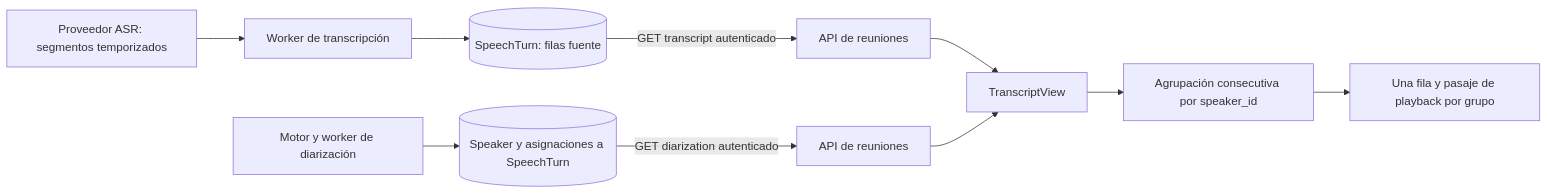
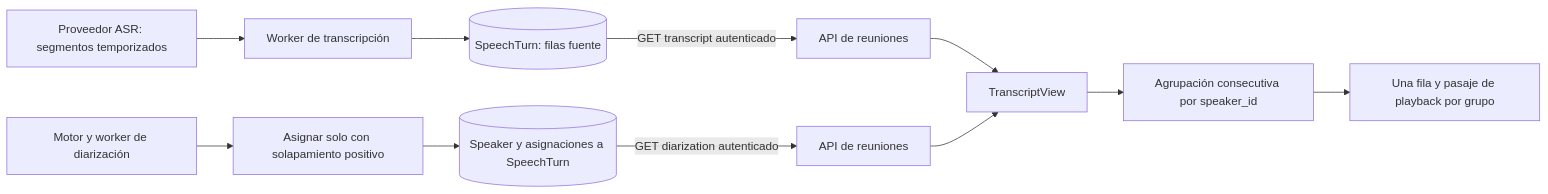
The first of 2 diagrams in .spectra/specs/fix-transcript-word-fragments/design.md (lufermalgo/sauri), drawn with Mermaid before and after one commit. The commit also changed other lines of this file, not shown here.

Commit message:
docs(transcript): account for uncertain speaker assignments

````diff
--- a/.spectra/specs/fix-transcript-word-fragments/design.md
+++ b/.spectra/specs/fix-transcript-word-fragments/design.md
@@ -29,12 +31,13 @@
 ```mermaid
 graph LR
     ASR[Proveedor ASR: segmentos temporizados] --> TW[Worker de transcripción]
     TW --> ST[(SpeechTurn: filas fuente)]
-    D[Motor y worker de diarización] --> SA[(Speaker y asignaciones a SpeechTurn)]
+    D[Motor y worker de diarización] --> A[Asignar solo con solapamiento positivo]
+    A --> SA[(Speaker y asignaciones a SpeechTurn)]
     ST -->|GET transcript autenticado| API[API de reuniones]
     SA -->|GET diarization autenticado| API2[API de reuniones]
     API --> UI[TranscriptView]
     API2 --> UI
     UI --> G[Agrupación consecutiva por speaker_id]
     G --> R[Una fila y pasaje de playback por grupo]
 ```
````
